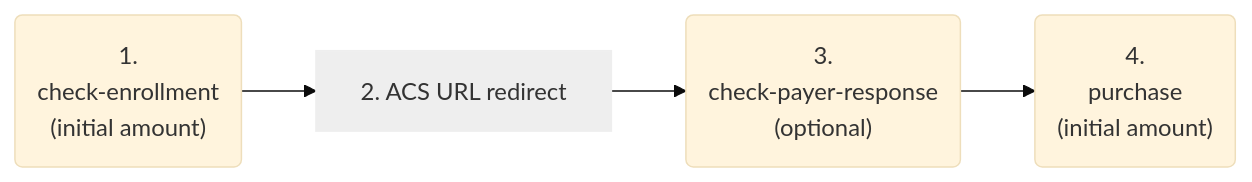
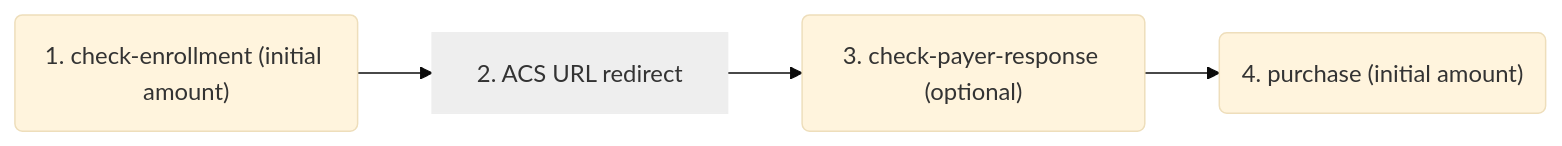
One commit to wirecard/merchant-documentation-gateway changed diagram 14 of 17 in 11-01-09-three-d-secure-two-payment-flows.adoc. Above: the diagram before and after it, drawn with Mermaid (base theme). The commit also changed other lines of this file and 1 other file, not shown here.

Commit message:
Update diagrams

```diff
--- a/11-01-09-three-d-secure-two-payment-flows.adoc
+++ b/11-01-09-three-d-secure-two-payment-flows.adoc
@@ -2461,9 +2461,9 @@
 [mermaid,API_CC_3DS2_PaymentFlows_MITUCOF_FirstAndUnscheduledMIT_FirstPayment,svg,width=60]
 ----
 graph LR
-A("<center>1.<br>check-enrollment<br>(initial amount)</center>")-->B
-B["<center>2. ACS URL redirect</center>"]-->C
-C("<center>3.<br>check-payer-response<br>(optional)</center>")-->D
-D("<center>4.<br>purchase<br>(initial amount)</center>")
+A("1. check-enrollment (initial amount)")-->B
+B["2. ACS URL redirect"]-->C
+C("3. check-payer-response (optional)")-->D
+D("4. purchase (initial amount)")
 style B fill:#eee, stroke:#eee
 ----
```
